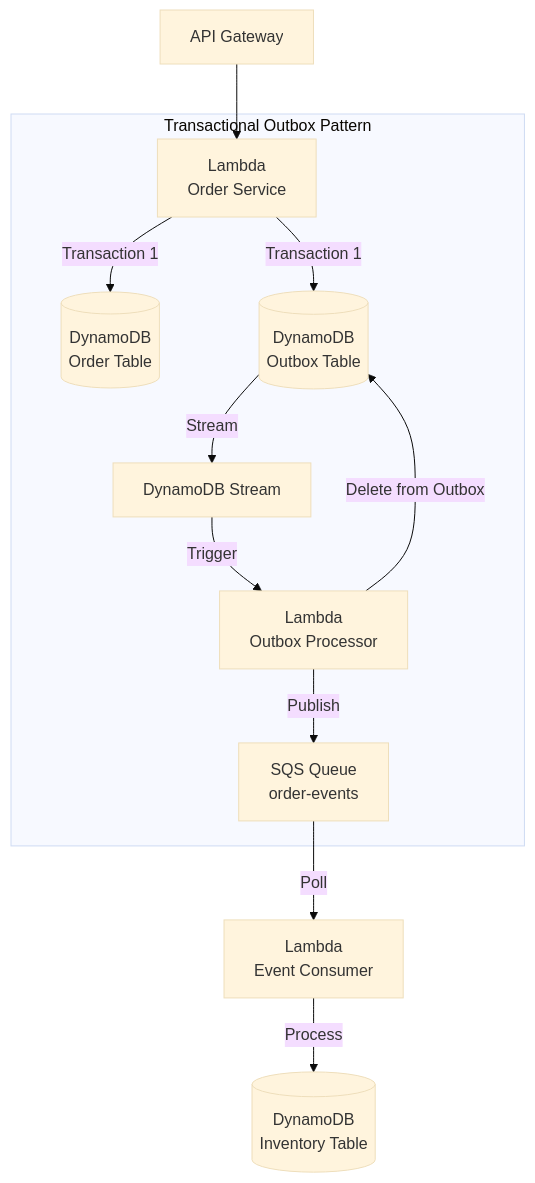
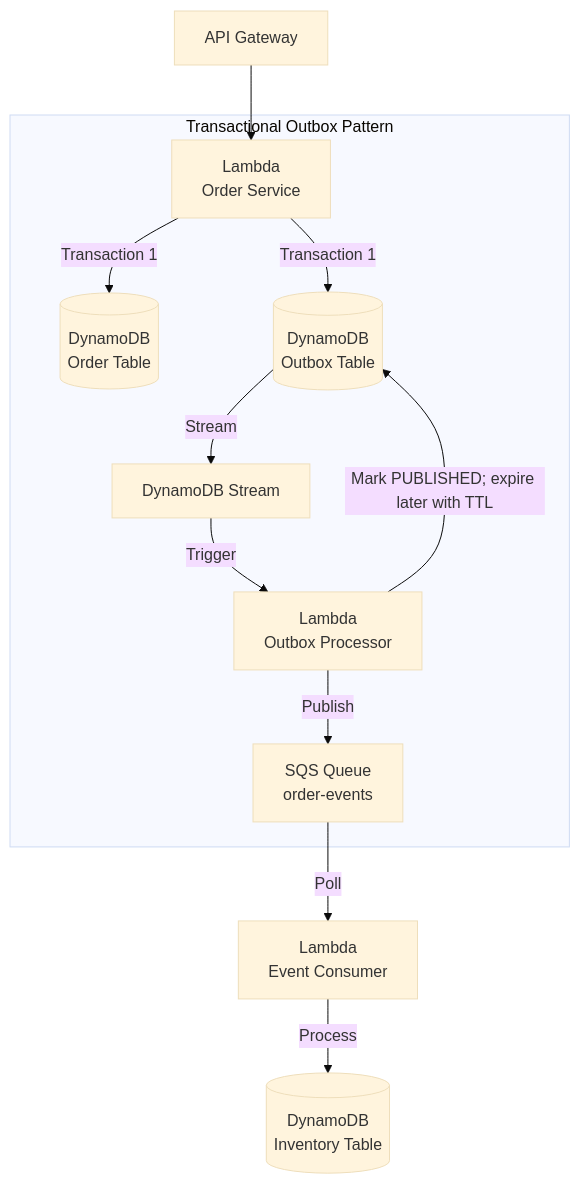
Before and after one commit to AlexanderBesss/AWS_best_praactices: the seventh of 7 diagrams in Design/05-database-integration-patterns.md, drawn with Mermaid (base theme). The commit also changed other lines of this file and 31 other files, not shown here.

````diff
--- a/Design/05-database-integration-patterns.md
+++ b/Design/05-database-integration-patterns.md
@@ -468,16 +479,16 @@
 ```mermaid
 graph TB
     A[API Gateway] --> B[Lambda<br/>Order Service]
     
     subgraph "Transactional Outbox Pattern"
         B -->|Transaction 1| C[(DynamoDB<br/>Order Table)]
         B -->|Transaction 1| D[(DynamoDB<br/>Outbox Table)]
         D -->|Stream| E[DynamoDB Stream]
         E -->|Trigger| F[Lambda<br/>Outbox Processor]
         F -->|Publish| G[SQS Queue<br/>order-events]
-        F -->|Delete from Outbox| D
+        F -->|Mark PUBLISHED; expire later with TTL| D
     end
     
     G -->|Poll| H[Lambda<br/>Event Consumer]
     H -->|Process| I[(DynamoDB<br/>Inventory Table)]
 ```
````
